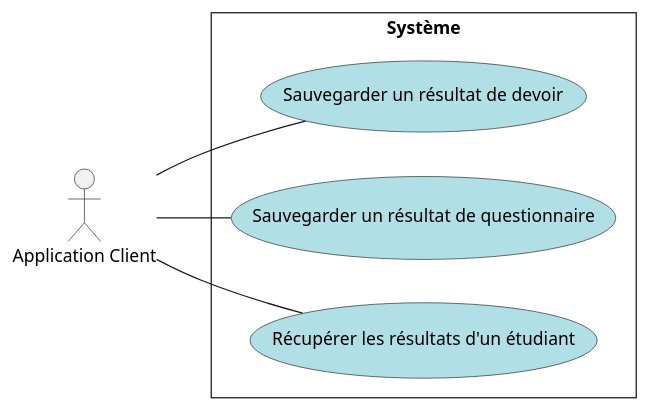
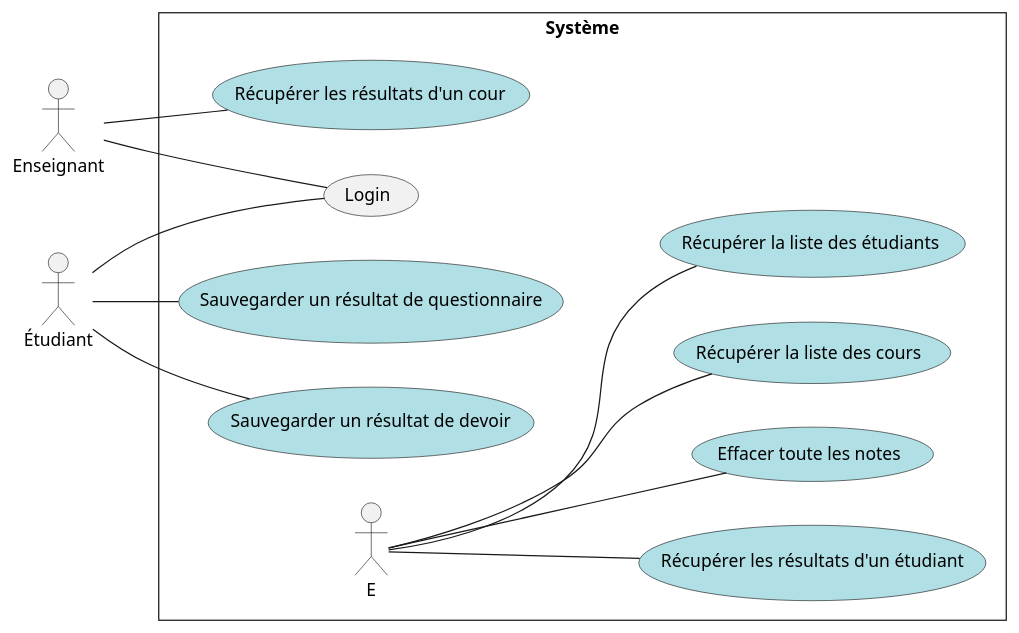
Before and after one commit to cc-yvanross/cc-yvanross.github.io: the diagram in docs/dcu.puml, drawn with PlantUML. The commit also changed other lines of this file, not shown here.

Commit message:
update mdd

```diff
--- a/docs/dcu.puml
+++ b/docs/dcu.puml
@@ -1,16 +1,29 @@
 @startuml
 left to right direction
 skinparam style strictuml
 skinparam packageStyle rect
 skinparam backgroundcolor transparent
 skinparam defaultfontname Verdana
-actor "Application Client" as C
+actor "Enseignant" as T
+actor "Étudiant" as S
+
 rectangle "Système" {
   (Sauvegarder un résultat de devoir) as SRD #powderblue
   (Sauvegarder un résultat de questionnaire) as SRQ #powderblue
   (Récupérer les résultats d'un étudiant) as RRE #powderblue
-  C -- SRD
-  C -- SRQ
-  C -- RRE
+  (Récupérer les résultats d'un cour) as RRC #powderblue
+  (Effacer toute les notes) as EN #powderblue
+  (Récupérer la liste des cours) as RLC #powderblue
+  (Récupérer la liste des étudiants) as RLE #powderblue
+  (Login) as L
+  T -- L
+  S -- L
+  S -- SRD
+  S -- SRQ
+  E -- RRE
+  T -- RRC
+  E -- EN
+  E -- RLC
+  E -- RLE
 }
 @enduml
```
